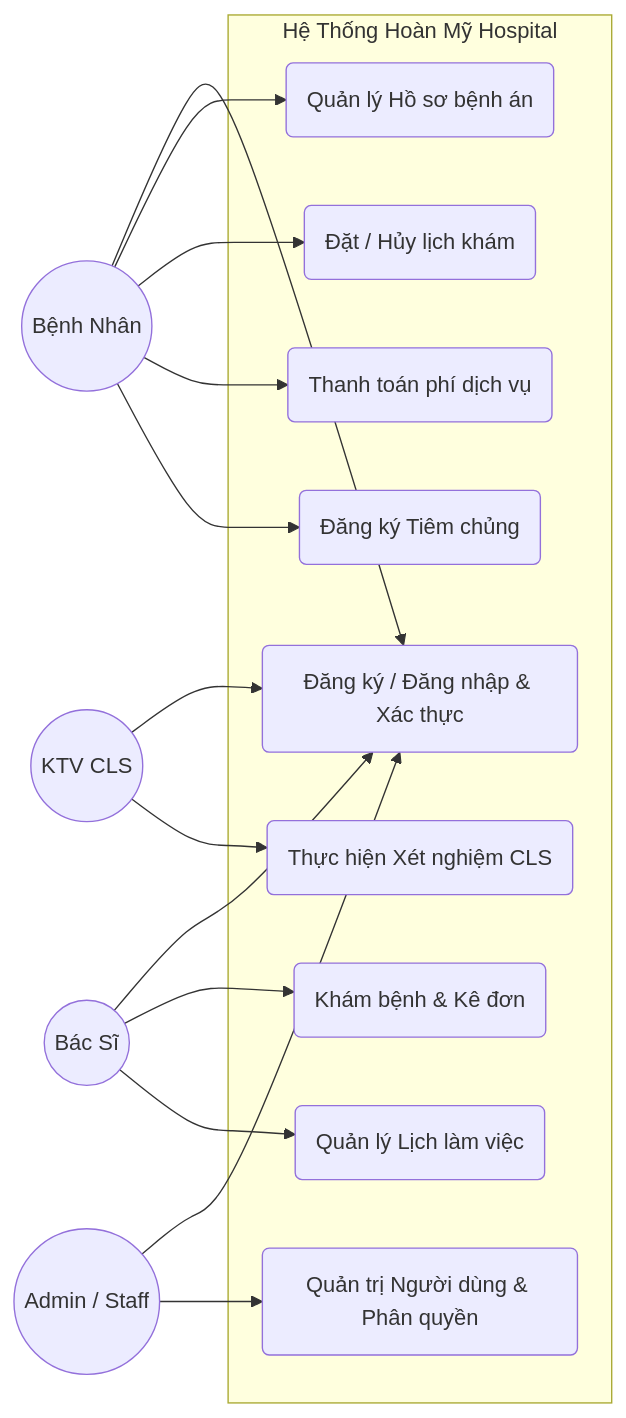
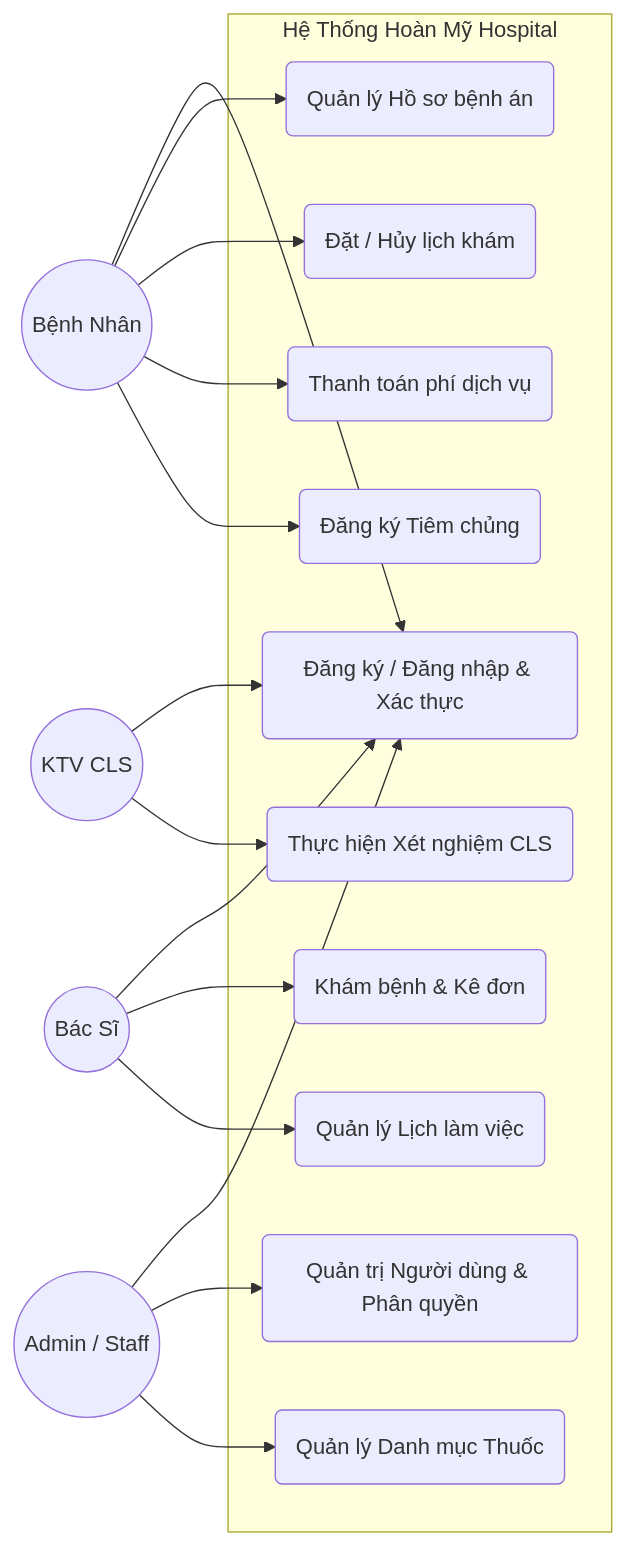
Before and after one commit to 2imBenne/markdown1906: the first of 10 diagrams in BE_FLOW_DOCUMENTATION.md, drawn with Mermaid. The commit also changed other lines of this file, not shown here.

````diff
--- a/BE_FLOW_DOCUMENTATION.md
+++ b/BE_FLOW_DOCUMENTATION.md
@@ -13,38 +13,40 @@
 ```mermaid
 flowchart LR
     %% Định nghĩa Actors
     User((Bệnh Nhân))
     Doctor((Bác Sĩ))
     Lab((KTV CLS))
     Admin((Admin / Staff))
 
     %% Định nghĩa Use Cases
     subgraph Hệ Thống Hoàn Mỹ Hospital
         UC1(Đăng ký / Đăng nhập & Xác thực)
         UC2(Quản lý Hồ sơ bệnh án)
         UC3(Đặt / Hủy lịch khám)
         UC4(Thanh toán phí dịch vụ)
         UC5(Khám bệnh & Kê đơn)
         UC6(Thực hiện Xét nghiệm CLS)
         UC7(Đăng ký Tiêm chủng)
         UC8(Quản lý Lịch làm việc)
         UC9(Quản trị Người dùng & Phân quyền)
+        UC10(Quản lý Danh mục Thuốc)
     end
 
     %% Ràng buộc
     User --> UC1
     User --> UC2
     User --> UC3
     User --> UC4
     User --> UC7
 
     Doctor --> UC1
     Doctor --> UC5
     Doctor --> UC8
 
     Lab --> UC1
     Lab --> UC6
 
     Admin --> UC1
     Admin --> UC9
+    Admin --> UC10
 ```
````
